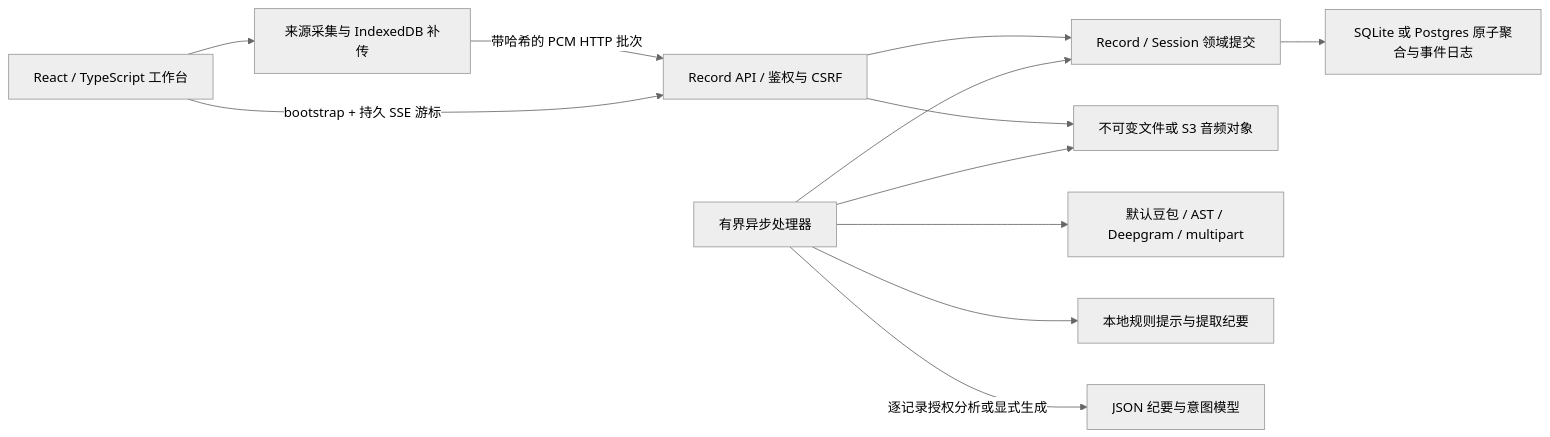
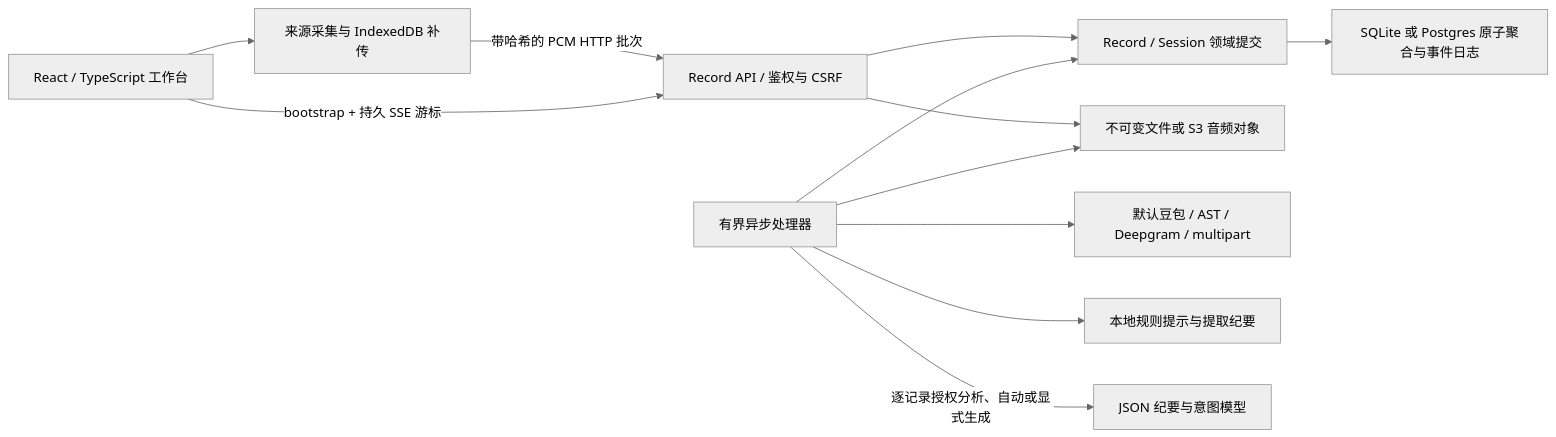
Before and after one commit to RoyalLiang/LingJi-Meeting-Studio: the diagram in docs/engineering/current-state.md, drawn with Mermaid (neutral theme). The commit also changed other lines of this file and 28 other files, not shown here.

````diff
--- a/docs/engineering/current-state.md
+++ b/docs/engineering/current-state.md
@@ -5,14 +5,14 @@
 ```mermaid
 flowchart LR
   WEB[React / TypeScript 工作台] --> CAP[来源采集与 IndexedDB 补传]
   CAP -->|带哈希的 PCM HTTP 批次| API[Record API / 鉴权与 CSRF]
   WEB -->|bootstrap + 持久 SSE 游标| API
   API --> DOMAIN[Record / Session 领域提交]
   WORK[有界异步处理器] --> DOMAIN
   DOMAIN --> DB[SQLite 或 Postgres 原子聚合与事件日志]
   API --> OBJ[不可变文件或 S3 音频对象]
   WORK --> OBJ
   WORK --> ASR[默认豆包 / AST / Deepgram / multipart]
   WORK --> RULE[本地规则提示与提取纪要]
-  WORK -->|逐记录授权分析或显式生成| LLM[JSON 纪要与意图模型]
+  WORK -->|逐记录授权分析、自动或显式生成| LLM[JSON 纪要与意图模型]
 ```
````
